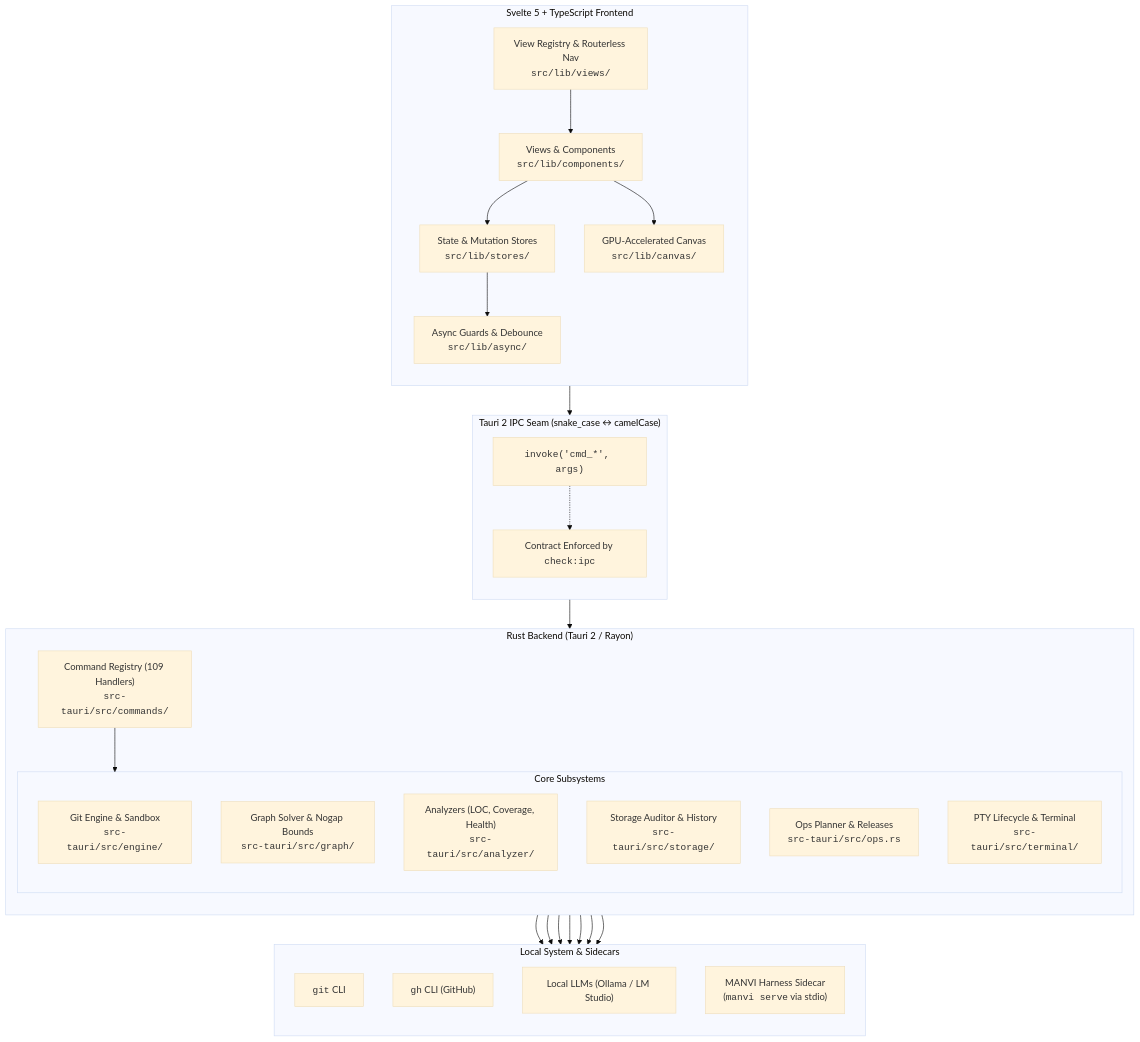
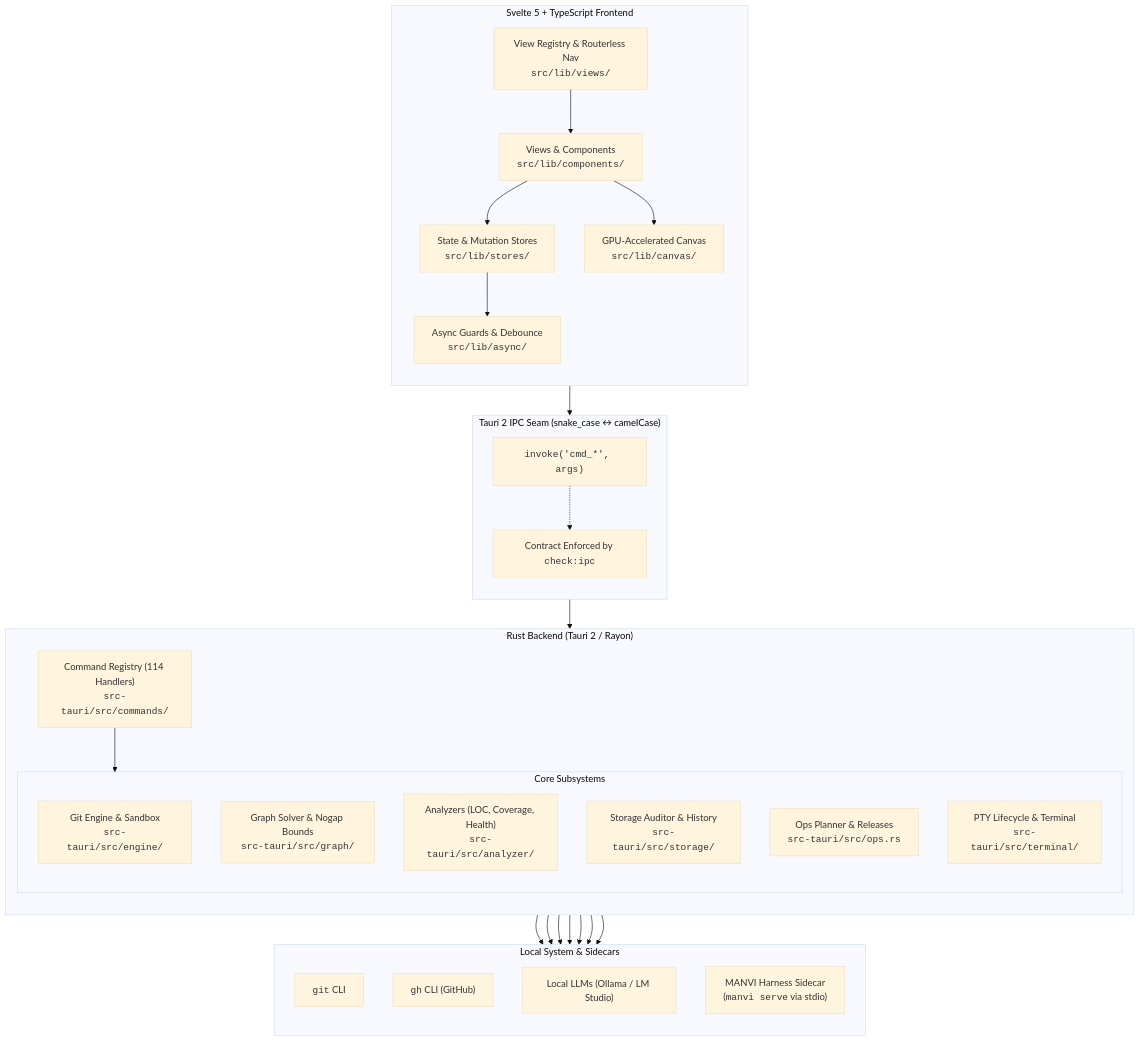
The first of 4 diagrams in docs/ARCHITECTURE.md (bharathvbcr/GitPulse), drawn with Mermaid (base theme) before and after one commit. The commit also changed other lines of this file and 19 other files, not shown here.

````diff
--- a/docs/ARCHITECTURE.md
+++ b/docs/ARCHITECTURE.md
@@ -5,57 +5,57 @@
 ```mermaid
 flowchart TB
     subgraph Frontend["Svelte 5 + TypeScript Frontend"]
         direction TB
         UI["Views & Components<br/><code>src/lib/components/</code>"]
         Stores["State & Mutation Stores<br/><code>src/lib/stores/</code>"]
         Registry["View Registry & Routerless Nav<br/><code>src/lib/views/</code>"]
         Canvas["GPU-Accelerated Canvas<br/><code>src/lib/canvas/</code>"]
         Async["Async Guards & Debounce<br/><code>src/lib/async/</code>"]
         
         UI --> Stores
         UI --> Canvas
         Stores --> Async
         Registry --> UI
     end
 
     subgraph IPC["Tauri 2 IPC Seam (snake_case ↔ camelCase)"]
         direction TB
         Invoke["<code>invoke('cmd_*', args)</code>"]
         ContractCheck["Contract Enforced by <code>check:ipc</code>"]
         Invoke -.-> ContractCheck
     end
 
     subgraph Backend["Rust Backend (Tauri 2 / Rayon)"]
         direction TB
-        CmdRegistry["Command Registry (109 Handlers)<br/><code>src-tauri/src/commands/</code>"]
+        CmdRegistry["Command Registry (114 Handlers)<br/><code>src-tauri/src/commands/</code>"]
         
         subgraph Subsystems["Core Subsystems"]
             GitEngine["Git Engine & Sandbox<br/><code>src-tauri/src/engine/</code>"]
             GraphSolver["Graph Solver & Nogap Bounds<br/><code>src-tauri/src/graph/</code>"]
             Analyzers["Analyzers (LOC, Coverage, Health)<br/><code>src-tauri/src/analyzer/</code>"]
             StorageAuditor["Storage Auditor & History<br/><code>src-tauri/src/storage/</code>"]
             OpsPlanner["Ops Planner & Releases<br/><code>src-tauri/src/ops.rs</code>"]
             PtyTerminal["PTY Lifecycle & Terminal<br/><code>src-tauri/src/terminal/</code>"]
         end
         
         CmdRegistry --> Subsystems
     end
 
     subgraph External["Local System & Sidecars"]
         direction TB
         LocalGit["<code>git</code> CLI"]
         LocalGh["<code>gh</code> CLI (GitHub)"]
         LocalLLM["Local LLMs (Ollama / LM Studio)"]
         ManviSidecar["MANVI Harness Sidecar<br/>(<code>manvi serve</code> via stdio)"]
     end
 
     Async --> Invoke
     Invoke --> CmdRegistry
     GitEngine --> LocalGit
     Analyzers --> LocalGit
     Analyzers --> LocalGh
     Analyzers --> LocalLLM
     OpsPlanner --> LocalGh
     OpsPlanner --> ManviSidecar
     Subsystems --> ManviSidecar
 ```
````
